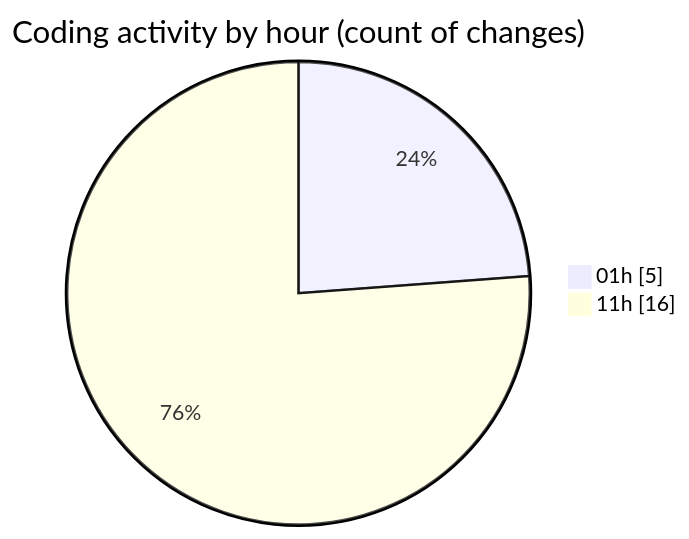
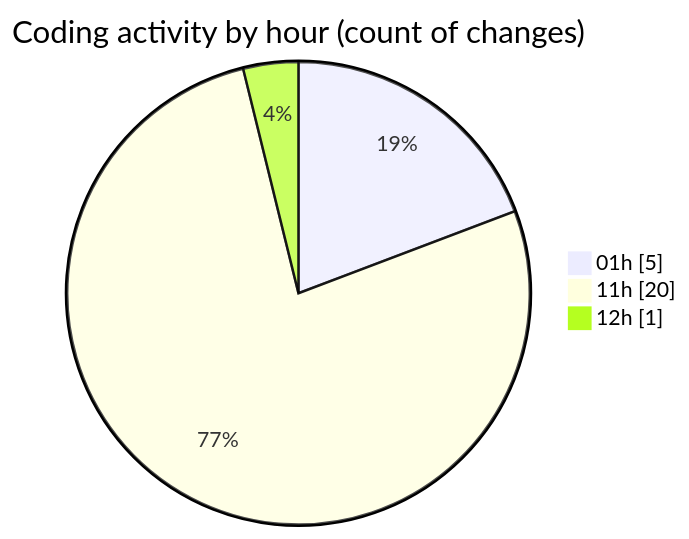
Before and after one commit to Netris89/code-tracking: the second of 2 diagrams in 2025-04-26/echo/README.md, drawn with Mermaid. The commit also changed other lines of this file and 1 other file, not shown here.

````diff
--- a/2025-04-26/echo/README.md
+++ b/2025-04-26/echo/README.md
@@ -30,6 +31,7 @@
 ```mermaid
 pie showData
 title Coding activity by hour (count of changes)
 "01h" : 5
-"11h" : 16
+"11h" : 20
+"12h" : 1
 ```
````
